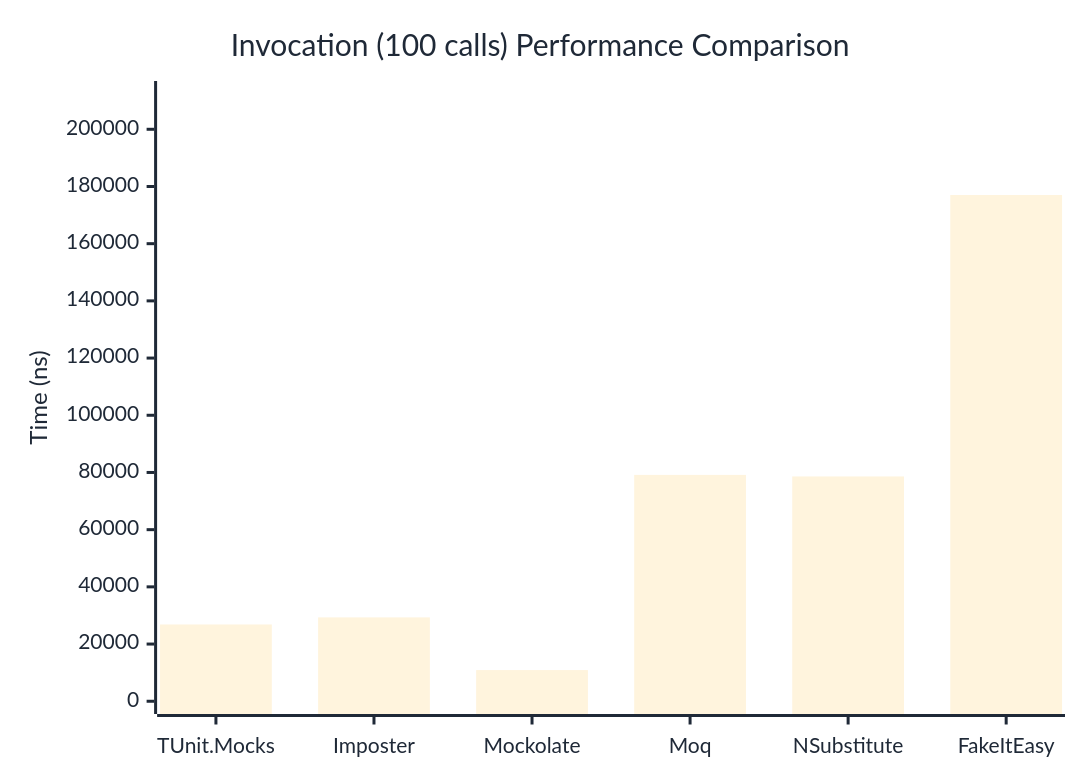
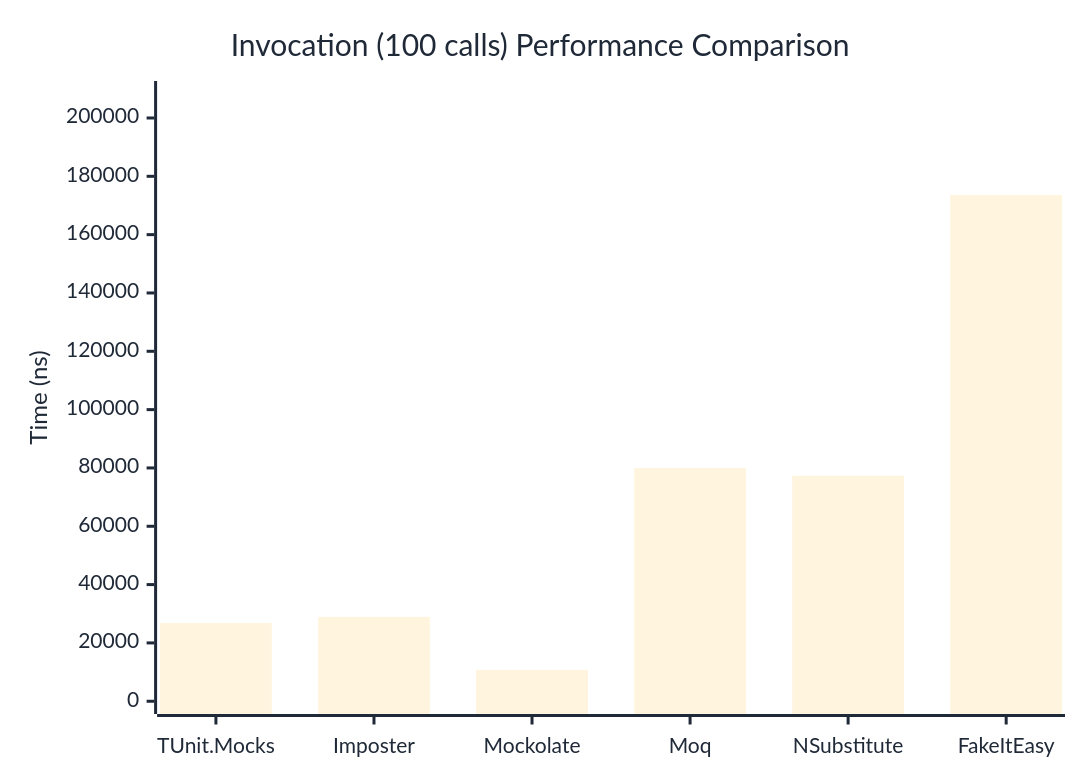
Before and after one commit to thomhurst/TUnit: the third of 3 diagrams in docs/docs/benchmarks/mocks/Invocation.md, drawn with Mermaid. The commit also changed other lines of this file and 14 other files, not shown here.

````diff
--- a/docs/docs/benchmarks/mocks/Invocation.md
+++ b/docs/docs/benchmarks/mocks/Invocation.md
@@ -112,27 +112,27 @@
 ```mermaid
 %%{init: {
   'theme':'base',
   'themeVariables': {
     'primaryColor': '#2563eb',
     'primaryTextColor': '#1f2937',
     'primaryBorderColor': '#1e40af',
     'lineColor': '#6b7280',
     'secondaryColor': '#7c3aed',
     'tertiaryColor': '#dc2626',
     'background': '#ffffff',
     'pie1': '#2563eb',
     'pie2': '#7c3aed',
     'pie3': '#dc2626',
     'pie4': '#f59e0b',
     'pie5': '#10b981',
     'pie6': '#06b6d4',
     'pie7': '#ec4899',
     'pie8': '#6366f1'
   }
 }}%%
 xychart-beta
   title "Invocation (100 calls) Performance Comparison"
   x-axis ["TUnit.Mocks", "Imposter", "Mockolate", "Moq", "NSubstitute", "FakeItEasy"]
-  y-axis "Time (ns)" 0 --> 212425
-  bar [26847.9, 29320.4, 10901.4, 79151.3, 78610.8, 177020.2]
+  y-axis "Time (ns)" 0 --> 208310
+  bar [26828.9, 28943.3, 10737.2, 79928.9, 77348.3, 173590.9]
 ```
````
